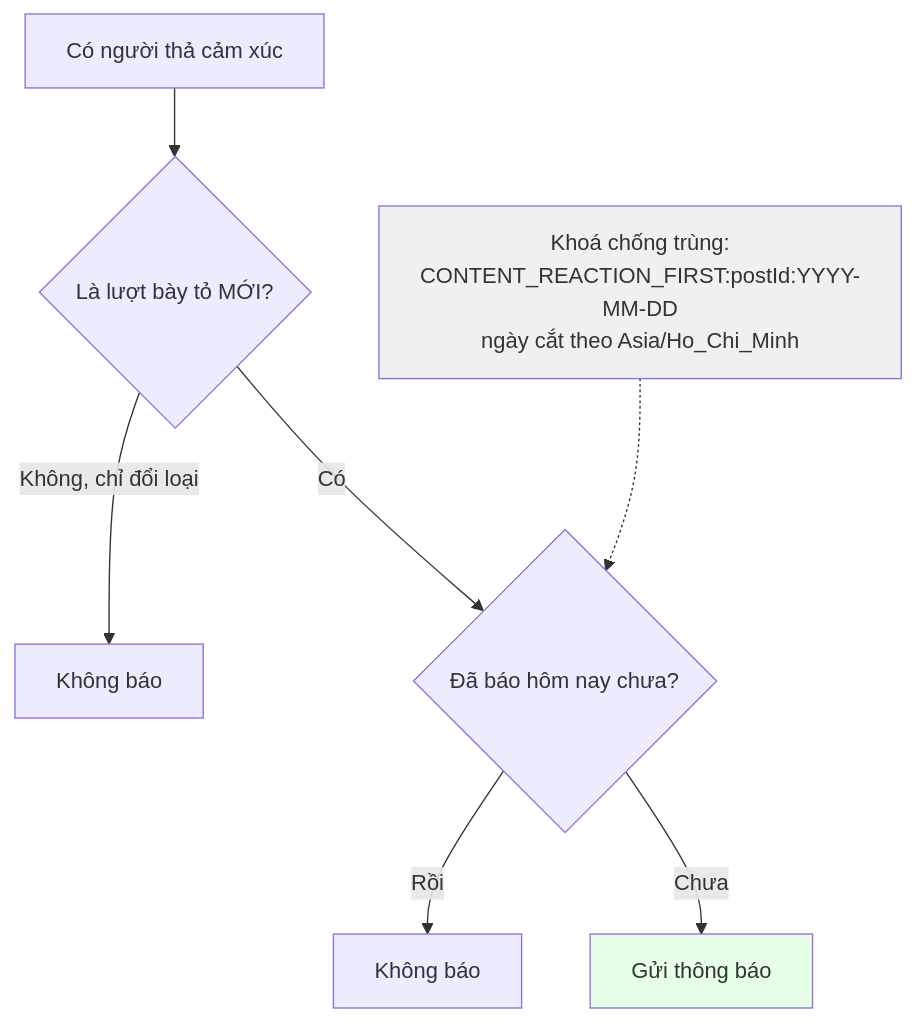
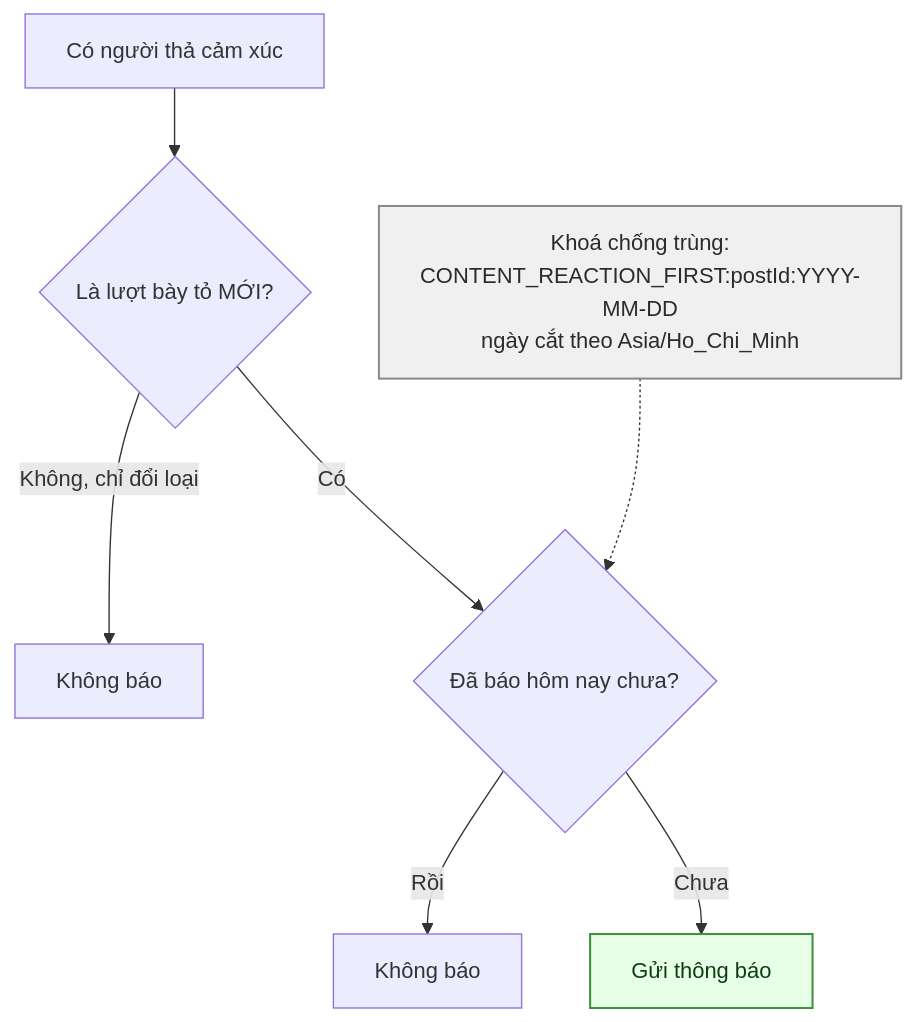
Before and after one commit to fdshn/trueheart: the fourth of 5 diagrams in docs/diagram/06-interaction.md, drawn with Mermaid. The commit also changed other lines of this file and 30 other files, not shown here.

First line of the commit message:
docs(diagram): chữ trong khối tô màu đọc được ở cả giao diện sáng và tối

````diff
--- a/docs/diagram/06-interaction.md
+++ b/docs/diagram/06-interaction.md
@@ -96,13 +96,13 @@
 ```mermaid
 flowchart TD
     A[Có người thả cảm xúc] --> B{Là lượt bày tỏ MỚI?}
     B -->|Không, chỉ đổi loại| C[Không báo]
     B -->|Có| D{Đã báo hôm nay chưa?}
     D -->|Rồi| E[Không báo]
     D -->|Chưa| F[Gửi thông báo]
 
     G["Khoá chống trùng:<br/>CONTENT_REACTION_FIRST:postId:YYYY-MM-DD<br/>ngày cắt theo Asia/Ho_Chi_Minh"] -.-> D
 
-    style F fill:#e6ffe6
-    style G fill:#f0f0f0
+    style F fill:#e6ffe6,stroke:#3f8f3f,stroke-width:1.5px,color:#0f3d12
+    style G fill:#f0f0f0,stroke:#8a8a8a,stroke-width:1.5px,color:#2b2b2b
 ```
````
